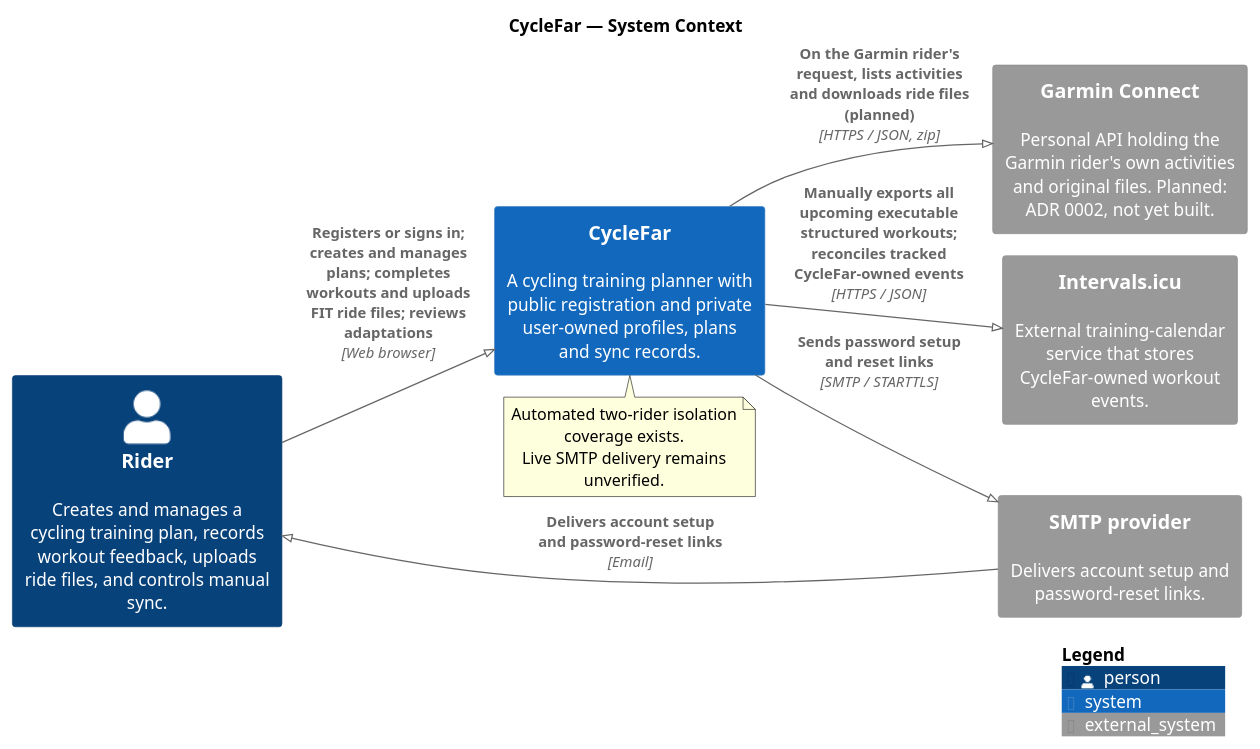
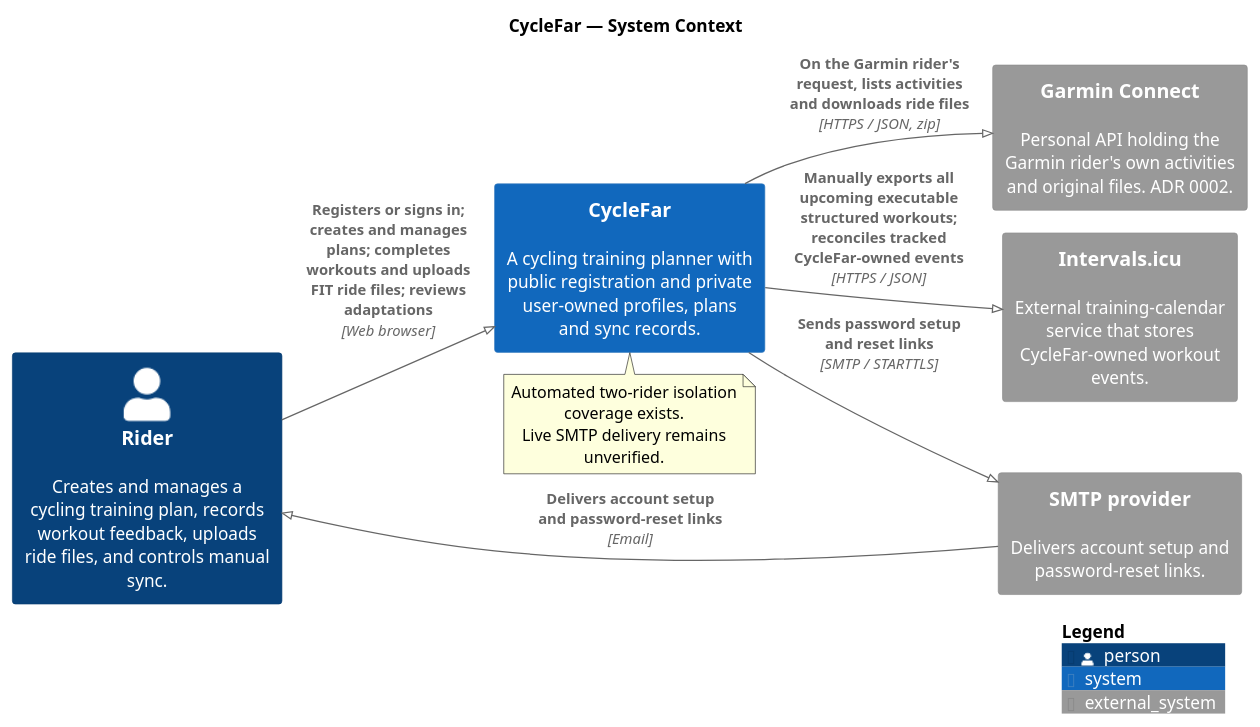
The diagram in docs/diagrams/context-cyclefar-system.puml (richardhartme/cyclefar), drawn with PlantUML before and after one commit. The commit also changed 21 other files, not shown here.

```diff
--- a/docs/diagrams/context-cyclefar-system.puml
+++ b/docs/diagrams/context-cyclefar-system.puml
@@ -1,30 +1,30 @@
 @startuml
 !pragma layout smetana
 ' Scope and limitations: README.md
 !include https://raw.githubusercontent.com/plantuml-stdlib/C4-PlantUML/master/C4_Context.puml
 
 title CycleFar — System Context
 
 LAYOUT_LEFT_RIGHT()
 
 Person(rider, "Rider", "Creates and manages a cycling training plan, records workout feedback, uploads ride files, and controls manual sync.")
 
 System(cyclefar, "CycleFar", "A cycling training planner with public registration and private user-owned profiles, plans and sync records.")
 
 System_Ext(intervals_icu, "Intervals.icu", "External training-calendar service that stores CycleFar-owned workout events.")
 System_Ext(smtp, "SMTP provider", "Delivers account setup and password-reset links.")
-System_Ext(garmin, "Garmin Connect", "Personal API holding the Garmin rider's own activities and original files. Planned: ADR 0002, not yet built.")
+System_Ext(garmin, "Garmin Connect", "Personal API holding the Garmin rider's own activities and original files. ADR 0002.")
 
 Rel(rider, cyclefar, "Registers or signs in; creates and manages plans; completes workouts and uploads FIT ride files; reviews adaptations", "Web browser")
 Rel(cyclefar, intervals_icu, "Manually exports all upcoming executable structured workouts; reconciles tracked CycleFar-owned events", "HTTPS / JSON")
 Rel(cyclefar, smtp, "Sends password setup and reset links", "SMTP / STARTTLS")
 Rel(smtp, rider, "Delivers account setup and password-reset links", "Email")
-Rel(cyclefar, garmin, "On the Garmin rider's request, lists activities and downloads ride files (planned)", "HTTPS / JSON, zip")
+Rel(cyclefar, garmin, "On the Garmin rider's request, lists activities and downloads ride files", "HTTPS / JSON, zip")
 
 note bottom of cyclefar
   Automated two-rider isolation coverage exists.
   Live SMTP delivery remains unverified.
 end note
 
 SHOW_LEGEND()
 @enduml
```
